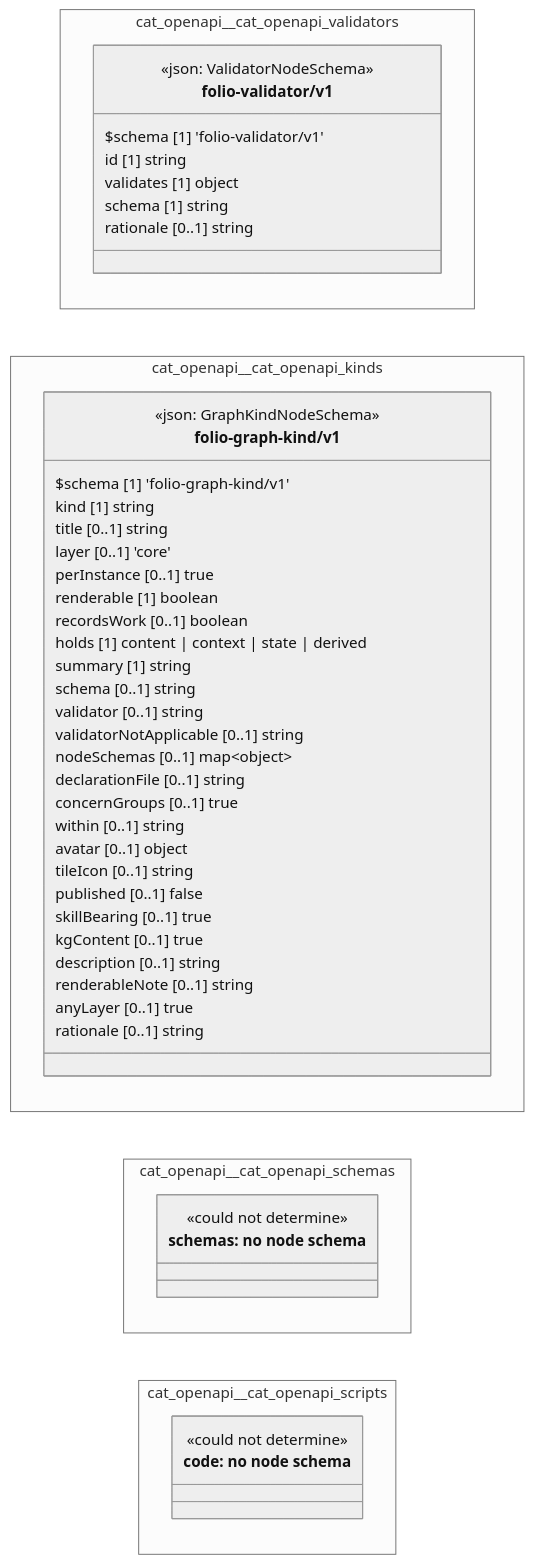
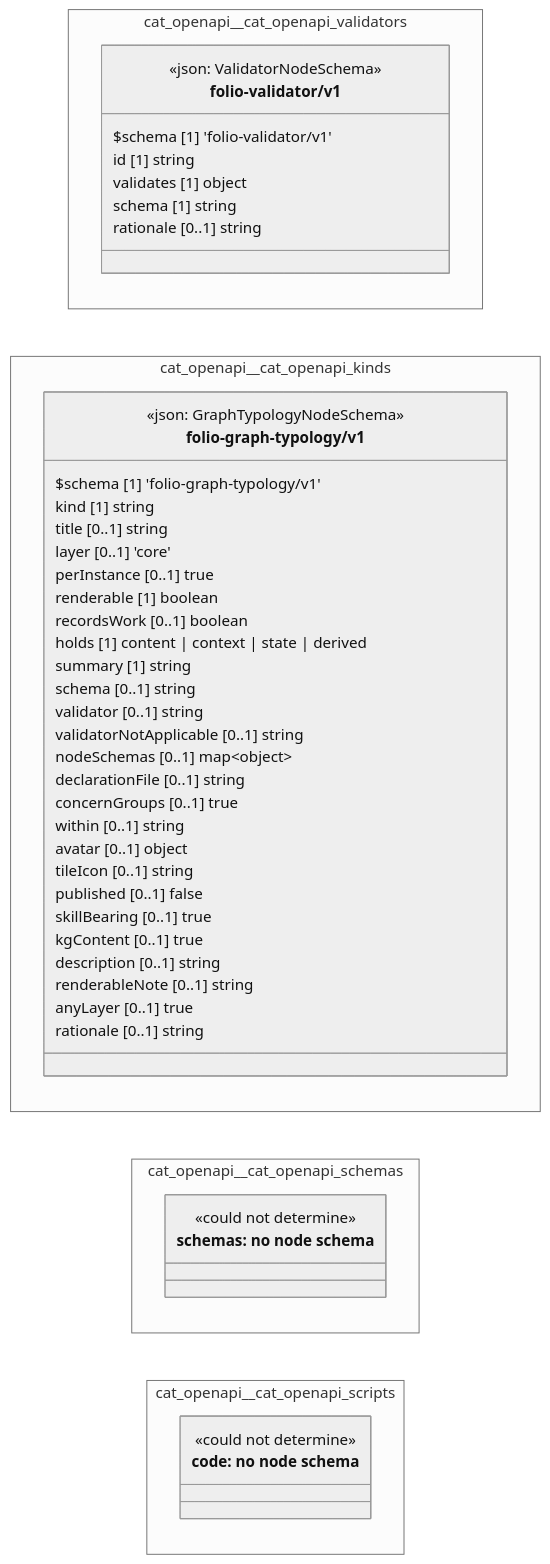
The diagram in cat-harness/docs/uml/overview/cat-openapi.md (litlfred/folio-assistant), drawn with Mermaid (neutral theme) before and after one commit. The commit also changed other lines of this file and 1369 other files, not shown here.

First line of the commit message:
Rename "graph kind" to "graph typology", everywhere, no alias (#2200)

````diff
--- a/cat-harness/docs/uml/overview/cat-openapi.md
+++ b/cat-harness/docs/uml/overview/cat-openapi.md
@@ -48,60 +48,60 @@
 ```mermaid
 classDiagram
   direction LR
   namespace cat_openapi__cat_openapi_validators {
     class cat_openapi_cat_openapi_validators_folio_validator_v1_folio_validator_v1["folio-validator/v1"] {
       <<json: ValidatorNodeSchema>>
       $schema [1] 'folio-validator/v1'
       id [1] string
       validates [1] object
       schema [1] string
       rationale [0..1] string
     }
   }
   namespace cat_openapi__cat_openapi_kinds {
-    class cat_openapi_cat_openapi_kinds_folio_graph_kind_v1_folio_graph_kind_v1["folio-graph-kind/v1"] {
-      <<json: GraphKindNodeSchema>>
-      $schema [1] 'folio-graph-kind/v1'
+    class cat_openapi_cat_openapi_kinds_folio_graph_typology_v1_folio_graph_typology_v1["folio-graph-typology/v1"] {
+      <<json: GraphTypologyNodeSchema>>
+      $schema [1] 'folio-graph-typology/v1'
       kind [1] string
       title [0..1] string
       layer [0..1] 'core'
       perInstance [0..1] true
       renderable [1] boolean
       recordsWork [0..1] boolean
       holds [1] content | context | state | derived
       summary [1] string
       schema [0..1] string
       validator [0..1] string
       validatorNotApplicable [0..1] string
       nodeSchemas [0..1] map~object~
       declarationFile [0..1] string
       concernGroups [0..1] true
       within [0..1] string
       avatar [0..1] object
       tileIcon [0..1] string
       published [0..1] false
       skillBearing [0..1] true
       kgContent [0..1] true
       description [0..1] string
       renderableNote [0..1] string
       anyLayer [0..1] true
       rationale [0..1] string
     }
   }
   namespace cat_openapi__cat_openapi_schemas {
     class n_cat_openapi_cat_openapi_schemas_schemas["schemas: no node schema"] {
       <<could not determine>>
     }
   }
   namespace cat_openapi__cat_openapi_scripts {
     class n_cat_openapi_cat_openapi_scripts_code["code: no node schema"] {
       <<could not determine>>
     }
   }
   cssClass "cat_openapi_cat_openapi_validators_folio_validator_v1_folio_validator_v1" fa_uml_kind_validators
-  cssClass "cat_openapi_cat_openapi_kinds_folio_graph_kind_v1_folio_graph_kind_v1" fa_uml_kind_kinds
+  cssClass "cat_openapi_cat_openapi_kinds_folio_graph_typology_v1_folio_graph_typology_v1" fa_uml_kind_kinds
   cssClass "n_cat_openapi_cat_openapi_schemas_schemas" fa_uml_kind_schemas
   cssClass "n_cat_openapi_cat_openapi_schemas_schemas" fa_uml_undetermined
   cssClass "n_cat_openapi_cat_openapi_scripts_code" fa_uml_kind_code
   cssClass "n_cat_openapi_cat_openapi_scripts_code" fa_uml_undetermined
 ```
````
